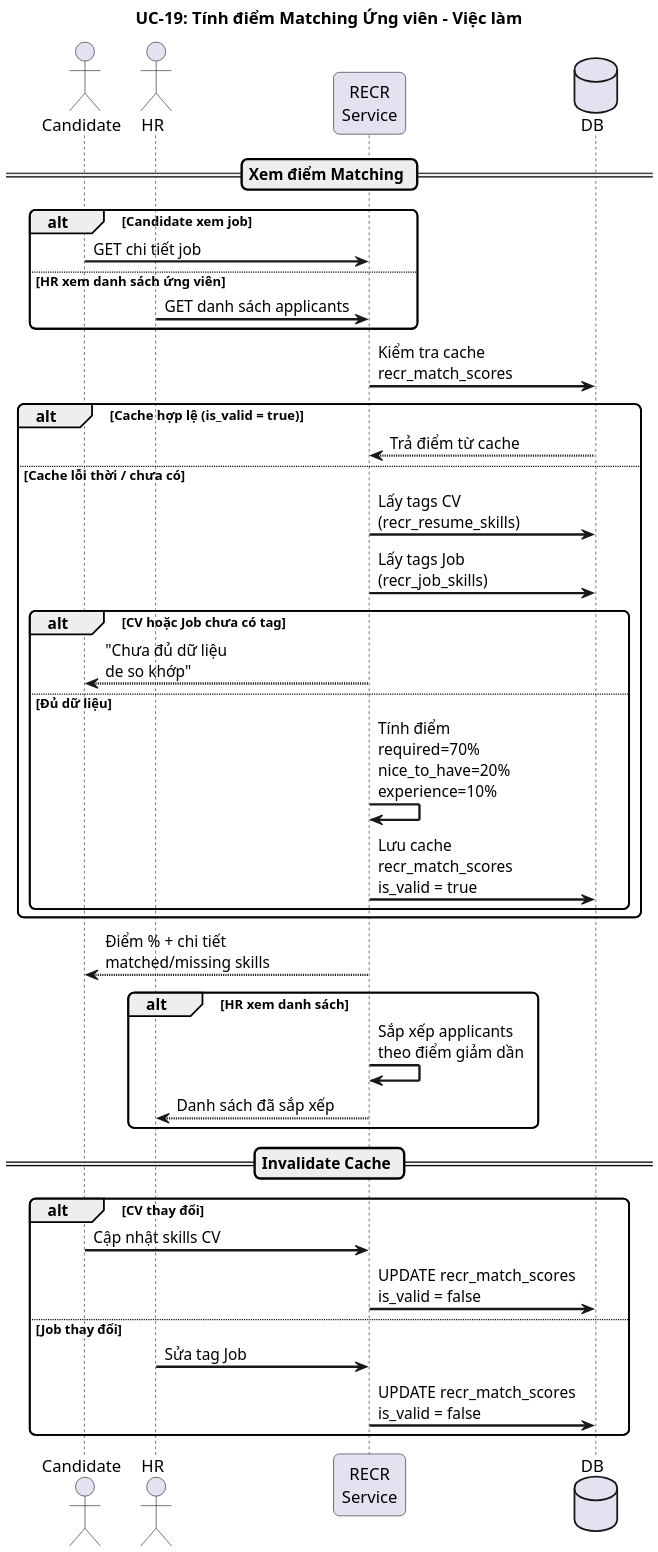
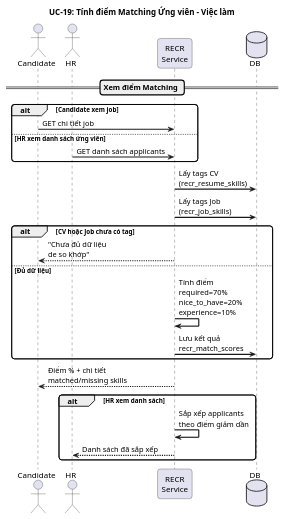
One commit to namnh240795/document changed the diagram in modules/recr/diagrams/sequence/uc19-matching-score-sequence.puml. Above: the diagram before and after it, drawn with PlantUML. The commit also changed 7 other files, not shown here.

First line of the commit message:
refactor(recr): remove cache mechanism from UC-19 Matching Score

```diff
--- a/modules/recr/diagrams/sequence/uc19-matching-score-sequence.puml
+++ b/modules/recr/diagrams/sequence/uc19-matching-score-sequence.puml
@@ -1,54 +1,37 @@
 @startuml uc19-matching-score-sequence
 title UC-19: Tính điểm Matching Ứng viên - Việc làm
-skinparam dpi 200
 skinparam backgroundColor white
 skinparam sequenceArrowThickness 2
 skinparam roundcorner 10
 
 actor "Candidate" as C
 actor "HR" as HR
 participant "RECR\nService" as R
 database "DB" as DB
 
 == Xem điểm Matching ==
 
 alt Candidate xem job
   C -> R : GET chi tiết job
 else HR xem danh sách ứng viên
   HR -> R : GET danh sách applicants
 end
 
-R -> DB : Kiểm tra cache\nrecr_match_scores
+R -> DB : Lấy tags CV\n(recr_resume_skills)
+R -> DB : Lấy tags Job\n(recr_job_skills)
 
-alt Cache hợp lệ (is_valid = true)
-  DB --> R : Trả điểm từ cache
-else Cache lỗi thời / chưa có
-  R -> DB : Lấy tags CV\n(recr_resume_skills)
-  R -> DB : Lấy tags Job\n(recr_job_skills)
-
-  alt CV hoặc Job chưa có tag
-    R --> C : "Chưa đủ dữ liệu\nde so khớp"
-  else Đủ dữ liệu
-    R -> R : Tính điểm\nrequired=70%\nnice_to_have=20%\nexperience=10%
-    R -> DB : Lưu cache\nrecr_match_scores\nis_valid = true
-  end
+alt CV hoặc Job chưa có tag
+  R --> C : "Chưa đủ dữ liệu\nde so khớp"
+else Đủ dữ liệu
+  R -> R : Tính điểm\nrequired=70%\nnice_to_have=20%\nexperience=10%
+  R -> DB : Lưu kết quả\nrecr_match_scores
 end
 
 R --> C : Điểm % + chi tiết\nmatched/missing skills
 
 alt HR xem danh sách
   R -> R : Sắp xếp applicants\ntheo điểm giảm dần
   R --> HR : Danh sách đã sắp xếp
 end
 
-== Invalidate Cache ==
-
-alt CV thay đổi
-  C -> R : Cập nhật skills CV
-  R -> DB : UPDATE recr_match_scores\nis_valid = false
-else Job thay đổi
-  HR -> R : Sửa tag Job
-  R -> DB : UPDATE recr_match_scores\nis_valid = false
-end
-
 @enduml
```
